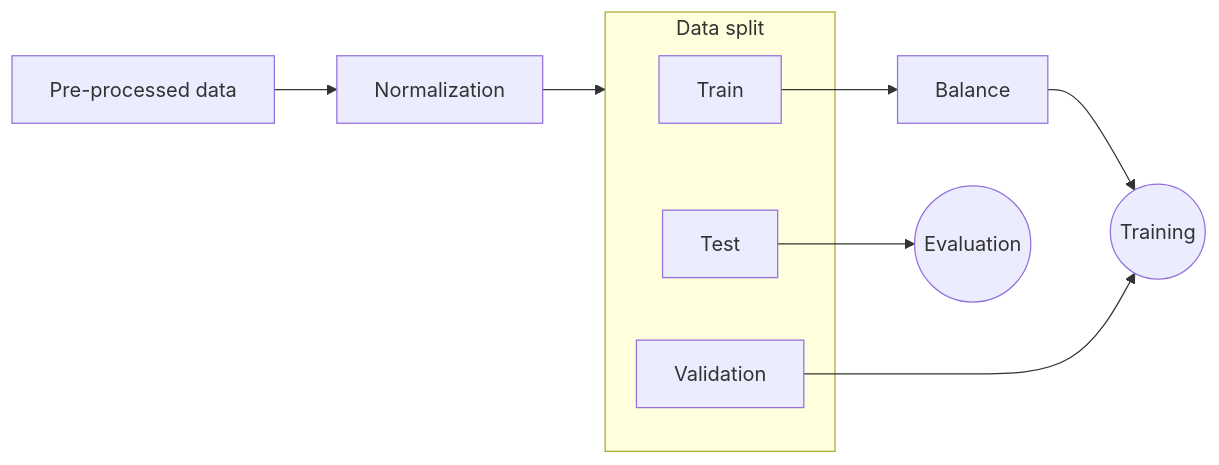
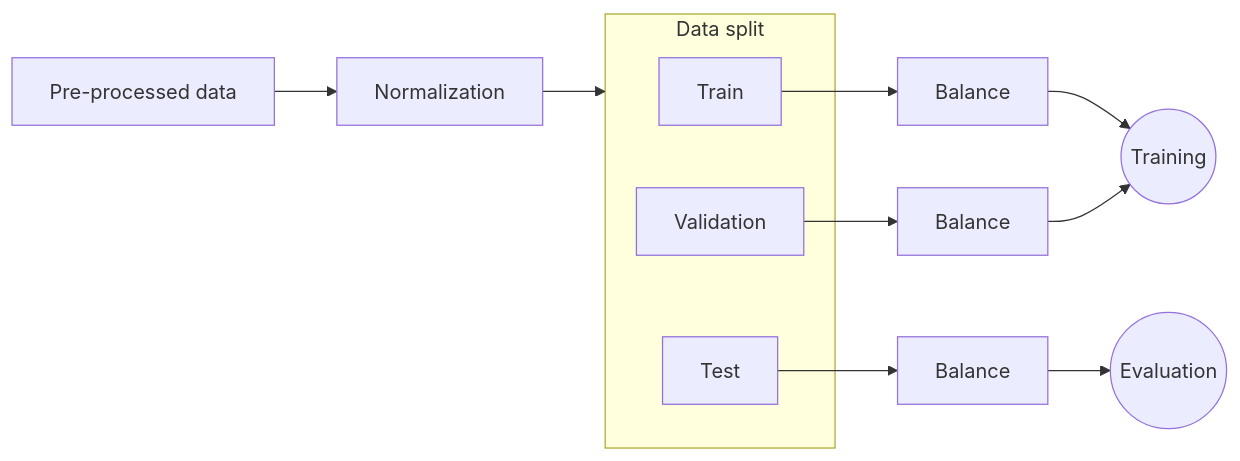
One commit to luizantoniona/eeg-epileptic-seizure-detection changed the third of 3 diagrams in README.md. Above: the diagram before and after it, drawn with Mermaid. The commit also changed other lines of this file, not shown here.

Commit message:
doc: adjust readme.md

````diff
--- a/README.md
+++ b/README.md
@@ -110,19 +113,23 @@
 ```mermaid
    flowchart LR
    A[Pre-processed data]
    B[Normalization]
    A-->B
    B-->C
    subgraph C [Data split]
    D[Train]
    E[Validation]
    F[Test]
    end
    G[Balance]
+   H[Balance]
+   I[Balance]
    D-->G
-   G-->I
-   I((Training))
-   J((Evaluation))
-   E-->I
-   F-->J
+   E-->H
+   F-->I
+   J((Training))
+   K((Evaluation))
+   G-->J
+   H-->J
+   I-->K
 ```
````
